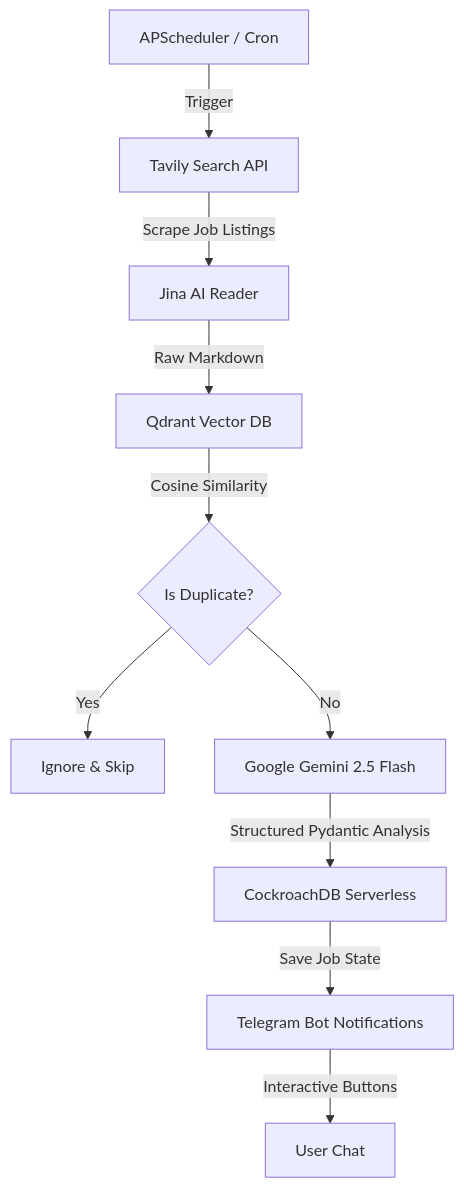
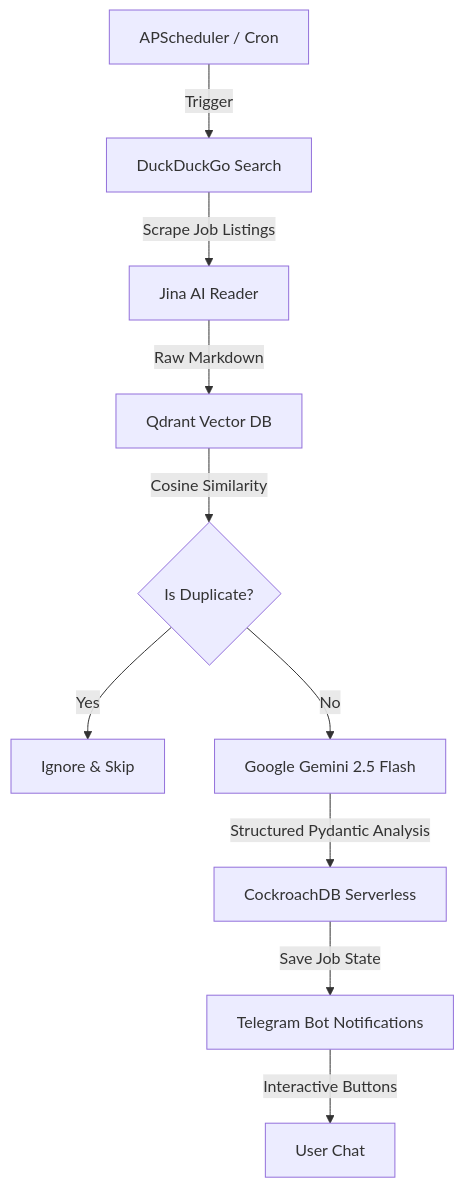
The diagram in README.md (bopvlk/job-applicator), drawn with Mermaid before and after one commit. The commit also changed other lines of this file and 8 other files, not shown here.

````diff
--- a/README.md
+++ b/README.md
@@ -9,12 +9,12 @@
 ```mermaid
 graph TD
-    A[APScheduler / Cron] -->|Trigger| B[Tavily Search API]
+    A[APScheduler / Cron] -->|Trigger| B[DuckDuckGo Search]
     B -->|Scrape Job Listings| C[Jina AI Reader]
     C -->|Raw Markdown| D[Qdrant Vector DB]
     D -->|Cosine Similarity| E{Is Duplicate?}
     E -->|Yes| F[Ignore & Skip]
     E -->|No| G[Google Gemini 2.5 Flash]
     G -->|Structured Pydantic Analysis| H[CockroachDB Serverless]
     H -->|Save Job State| I[Telegram Bot Notifications]
     I -->|Interactive Buttons| J[User Chat]
 ```
````
